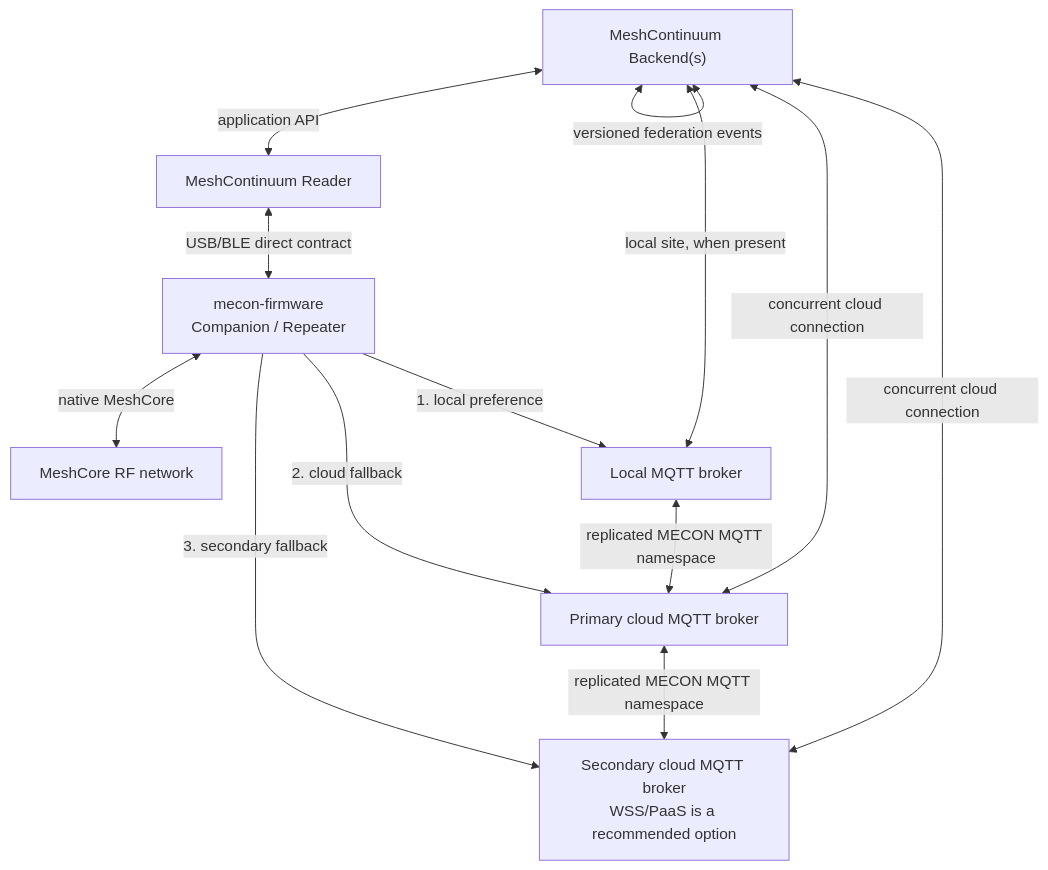
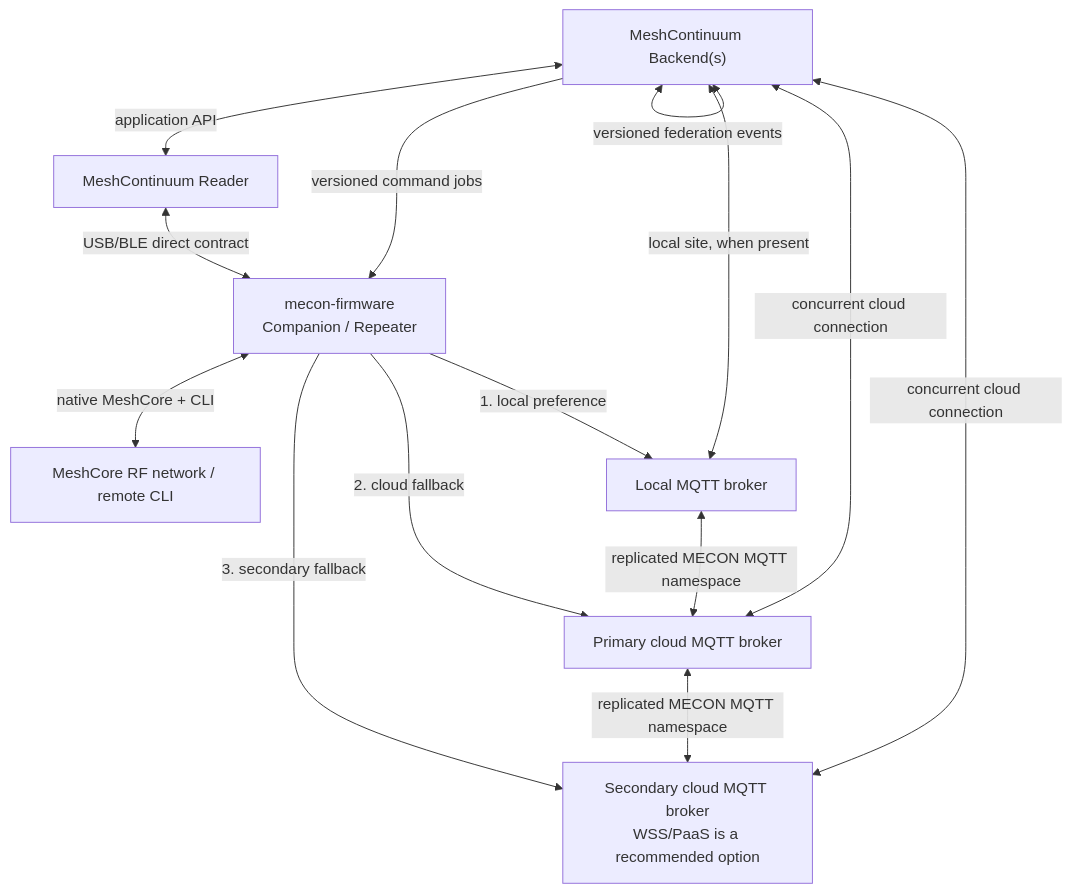
The diagram in docs/ARCHITECTURE.md (hoejriis/MeshContinuum), drawn with Mermaid before and after one commit. The commit also changed other lines of this file, not shown here.

Commit message:
docs: align management architecture with canonical MeshCore CLI

````diff
--- a/docs/ARCHITECTURE.md
+++ b/docs/ARCHITECTURE.md
@@ -11,23 +11,24 @@
 ```mermaid
 flowchart TD
-    RF["MeshCore RF network"]
+    RF["MeshCore RF network / remote CLI"]
     FW["mecon-firmware\nCompanion / Repeater"]
     LOCAL["Local MQTT broker"]
     PRIMARY["Primary cloud MQTT broker"]
     SECONDARY["Secondary cloud MQTT broker\nWSS/PaaS is a recommended option"]
     BE["MeshContinuum Backend(s)"]
     READER["MeshContinuum Reader"]
 
-    FW <-->|"native MeshCore"| RF
+    FW <-->|"native MeshCore + CLI"| RF
     FW -->|"1. local preference"| LOCAL
     FW -->|"2. cloud fallback"| PRIMARY
     FW -->|"3. secondary fallback"| SECONDARY
     LOCAL <-->|"replicated MECON MQTT namespace"| PRIMARY
     PRIMARY <-->|"replicated MECON MQTT namespace"| SECONDARY
     BE <-->|"local site, when present"| LOCAL
     BE <-->|"concurrent cloud connection"| PRIMARY
     BE <-->|"concurrent cloud connection"| SECONDARY
     BE <-->|"application API"| READER
     READER <-->|"USB/BLE direct contract"| FW
+    BE -->|"versioned command jobs"| FW
     BE <-->|"versioned federation events"| BE
 ```
````
